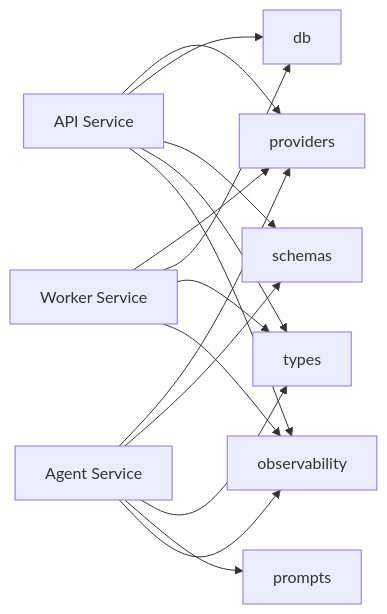
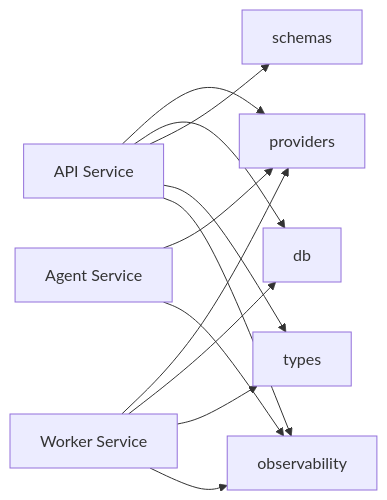
One commit to DavidRoyBlue/Autodidact changed the fourth of 4 diagrams in docs/architecture/c4/c4-components.md. Above: the diagram before and after it, drawn with Mermaid. The commit also changed other lines of this file and 125 other files, not shown here.

````diff
--- a/docs/architecture/c4/c4-components.md
+++ b/docs/architecture/c4/c4-components.md
@@ -106,17 +103,14 @@
 ```mermaid
 graph LR
     API[API Service] --> PROV[providers]
     AGENT[Agent Service] --> PROV
     WORKER[Worker Service] --> PROV
     API --> DB[db]
     WORKER --> DB
     API --> SCHEMAS[schemas]
-    AGENT --> SCHEMAS
     API --> TYPES[types]
-    AGENT --> TYPES
     WORKER --> TYPES
-    AGENT --> PROMPTS[prompts]
     API --> OBS[observability]
     AGENT --> OBS
     WORKER --> OBS
 ```
````
